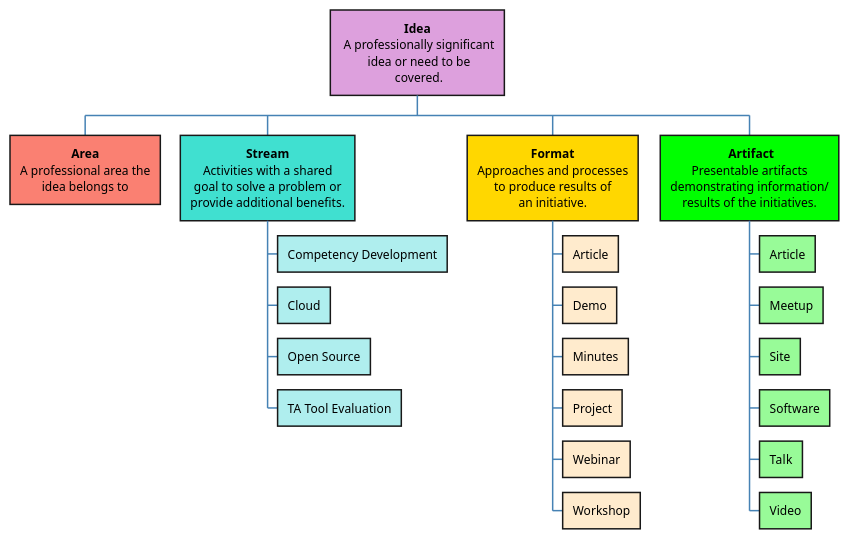
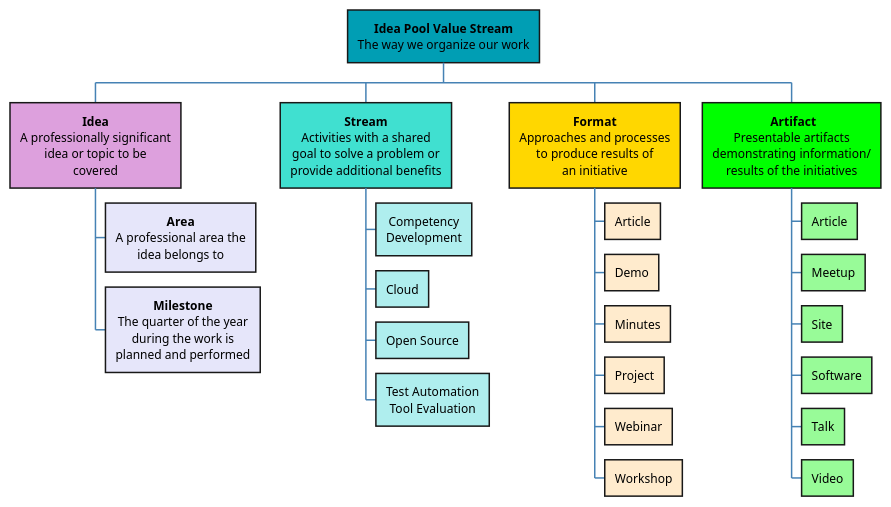
One commit to Idea-Pool/topics changed the diagram in docs/uml/value_stream_v2.puml. Above: the diagram before and after it, drawn with PlantUML. The commit also changed 4 other files, not shown here.

```diff
--- a/docs/uml/value_stream_v2.puml
+++ b/docs/uml/value_stream_v2.puml
@@ -1,52 +1,59 @@
 @startwbs Idea Pool Value Stream
 skinparam defaultTextAlignment center
 skinparam backgroundColor transparent
 skinparam arrow {
     Color SteelBlue
     FontColor SteelBlue
 }
++[#009eb4]:**Idea Pool Value Stream**
+The way we organize our work;
 
-+[#Plum]:**Idea**
- A professionally significant
- idea or need to be
- covered.;
+++[#Plum]:**Idea**
+A professionally significant
+idea or topic to be
+covered;
 
-++[#Salmon]:**Area**
+++-[#Lavender]:**Area**
 A professional area the
 idea belongs to;
+
++++[#Lavender]:**Milestone**
+The quarter of the year
+during the work is
+planned and performed;
 
 ++[#Turquoise]:**Stream**
 Activities with a shared
 goal to solve a problem or
-provide additional benefits.;
+provide additional benefits;
 
-+++[#PaleTurquoise] Competency Development
++++[#PaleTurquoise] Competency\nDevelopment
 +++[#PaleTurquoise] Cloud
 +++[#PaleTurquoise] Open Source
-+++[#PaleTurquoise] TA Tool Evaluation
++++[#PaleTurquoise] Test Automation\nTool Evaluation
 
 ++[#Gold]:**Format**
 Approaches and processes
 to produce results of
-an initiative.;
+an initiative;
 
 +++[#BlanchedAlmond] Article
 +++[#BlanchedAlmond] Demo
 +++[#BlanchedAlmond] Minutes
 +++[#BlanchedAlmond] Project
 +++[#BlanchedAlmond] Webinar
 +++[#BlanchedAlmond] Workshop
 
 ++[#Lime]: **Artifact**
 Presentable artifacts
 demonstrating information/
-results of the initiatives.;
+results of the initiatives;
 
 +++[#PaleGreen] Article
 +++[#PaleGreen] Meetup
 +++[#PaleGreen] Site
 +++[#PaleGreen] Software
 +++[#PaleGreen] Talk
 +++[#PaleGreen] Video
 
 @endwbs
```
